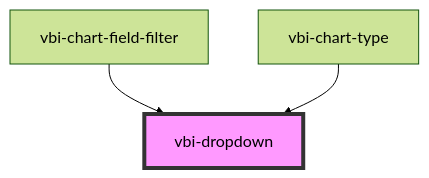
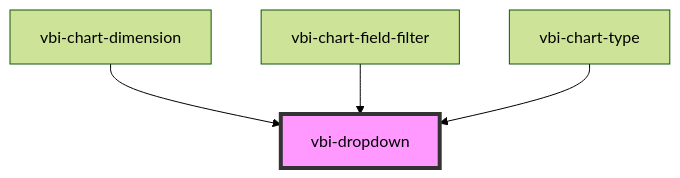
One commit to Ditto190/VBI-modme changed the diagram in packages/vbi-component/src/components/ui/vbi-dropdown/readme.md. Above: the diagram before and after it, drawn with Mermaid (forest theme). The commit also changed other lines of this file and 16 other files, not shown here.

````diff
--- a/packages/vbi-component/src/components/ui/vbi-dropdown/readme.md
+++ b/packages/vbi-component/src/components/ui/vbi-dropdown/readme.md
@@ -35,6 +36,7 @@
 ```mermaid
 graph TD;
+  vbi-chart-dimension --> vbi-dropdown
   vbi-chart-field-filter --> vbi-dropdown
   vbi-chart-type --> vbi-dropdown
   style vbi-dropdown fill:#f9f,stroke:#333,stroke-width:4px
 ```
````
